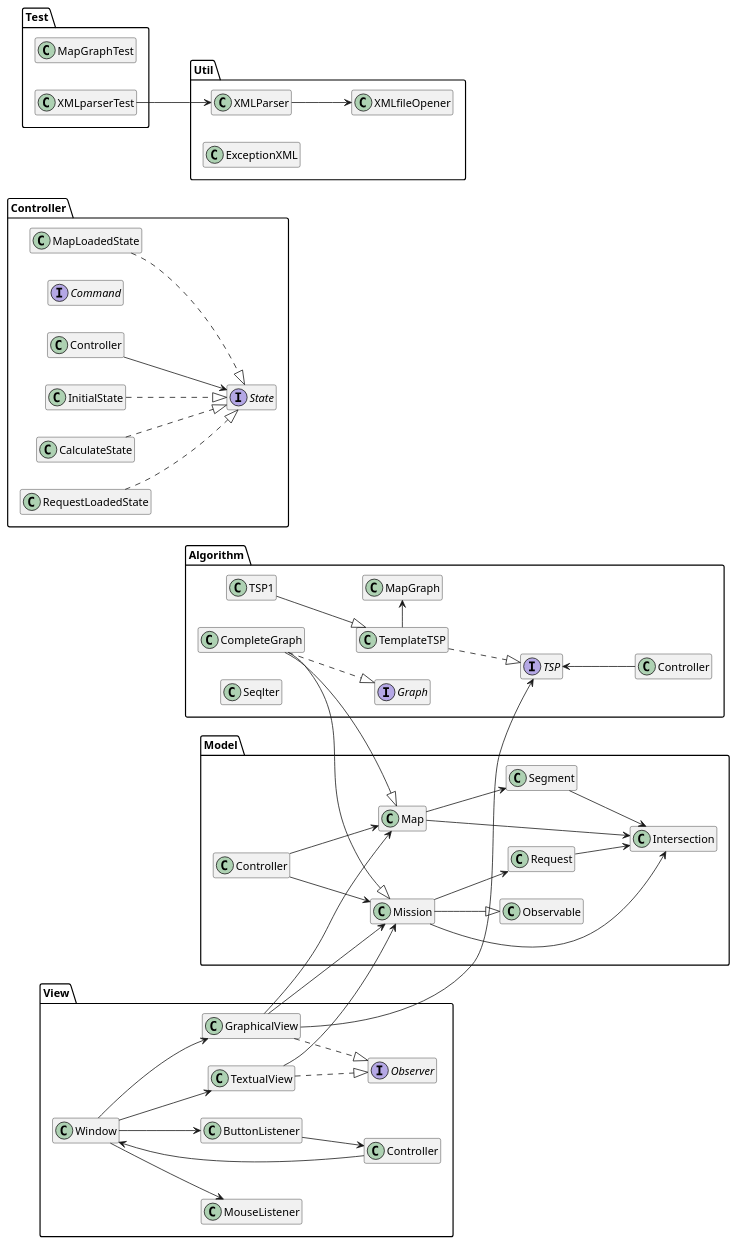
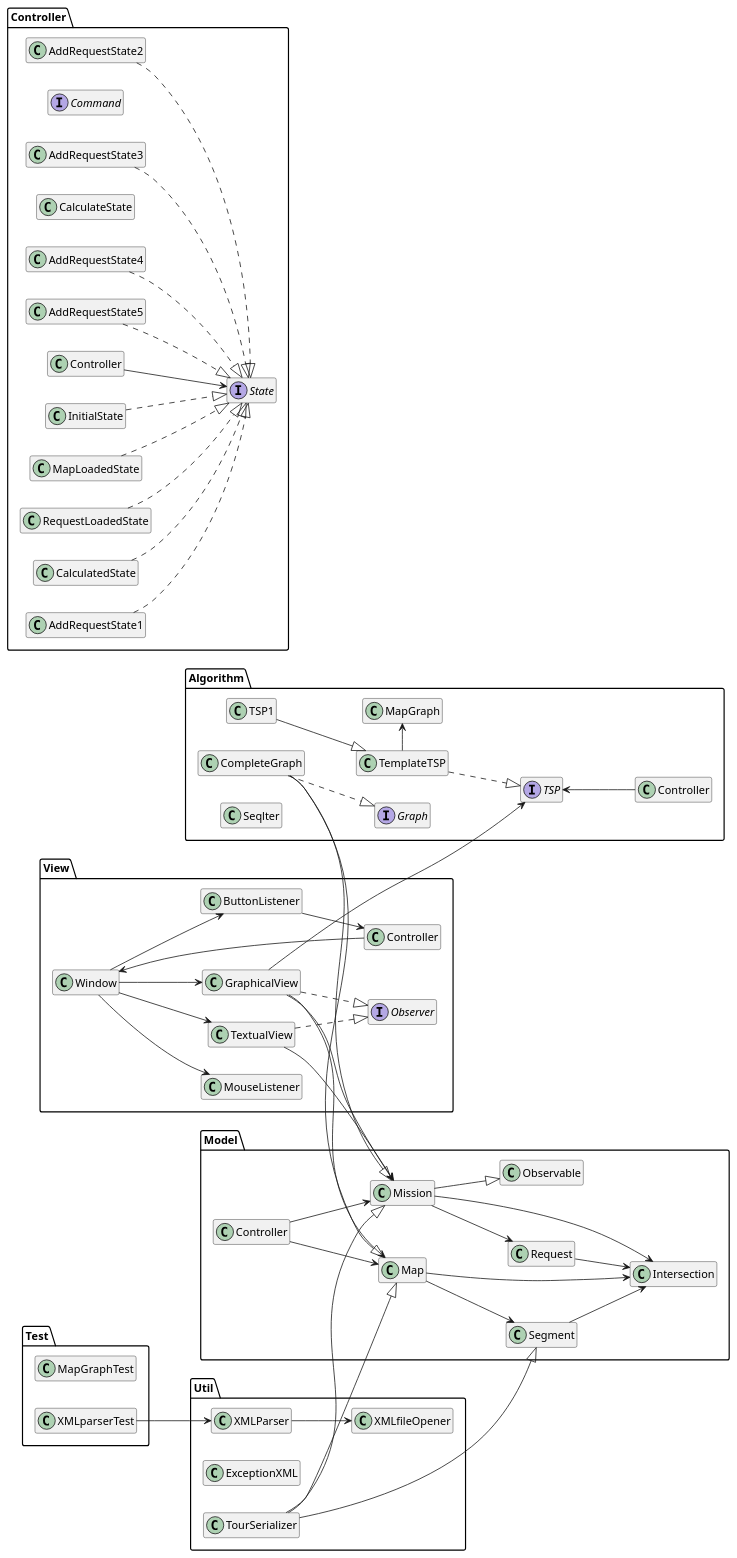
The diagram in src/documentation/PackageDiagram.puml (Karlenkko/Agile-OnErrand), drawn with PlantUML before and after one commit. The commit also changed 1 other file, not shown here.

Commit message:
doc(packageDiagrame):update for the States

```diff
--- a/src/documentation/PackageDiagram.puml
+++ b/src/documentation/PackageDiagram.puml
@@ -1,107 +1,117 @@
 @startuml
 
 hide members
 left to right direction
 Package Controller{
     class Controller
 
     interface Command
     class InitialState
     class CalculateState
     class MapLoadedState
     class RequestLoadedState
 
     interface State
     Controller --> State
     InitialState ..|> State
-    CalculateState ..|> State
+    CalculatedState ..|> State
     MapLoadedState ..|> State
     RequestLoadedState ..|> State
+    AddRequestState1..|> State
+    AddRequestState2..|> State
+    AddRequestState3..|> State
+    AddRequestState4..|> State
+    AddRequestState5..|> State
 }
 Package Util{
     class XMLParser
     class XMLfileOpener
     class ExceptionXML
+    class TourSerializer
+
 
     XMLParser --> XMLfileOpener
 
 }
 Package Algorithm{
     interface TSP
     class TSP1
     class TemplateTSP
     interface Graph
     class CompleteGraph
     class MapGraph
     class Seqlter
 
 
 
     TemplateTSP -> MapGraph
     Controller -up-> TSP
     TSP1 --|> TemplateTSP
     TemplateTSP ..|> TSP
     CompleteGraph..|> Graph
 
 }
 Package Model{
     class Intersection
     class Map
     class Mission
     class Request
     class Segment
     class Observable
 
     CompleteGraph --|> Mission
     CompleteGraph --|> Map
     Mission --|> Observable
+    TourSerializer --|> Map
+    TourSerializer --|> Mission
+    TourSerializer --|> Segment
 
     Map --> Intersection
     Map --> Segment
     Controller --> Map
 
     Controller --> Mission
     Mission --> Intersection
     Mission --> Request
 
     Request --> Intersection
     Segment --> Intersection
 
 }
 Package Test{
     class MapGraphTest
     class XMLparserTest
 
     XMLparserTest --> XMLParser
 }
 Package View{
     class Window
     class TextualView
     class GraphicalView
     class ButtonListener
     class MouseListener
     interface Observer
 
     TextualView ..|> Observer
     GraphicalView ..|> Observer
 
     Controller --> Window
     Window --> TextualView
     Window --> GraphicalView
     Window --> ButtonListener
     Window --> MouseListener
 
     TextualView --> Mission
 
     GraphicalView --> Map
     GraphicalView --> Mission
     GraphicalView --> TSP
 
     ButtonListener --> Controller
 
 }
 
 
 
 
 @enduml
```
